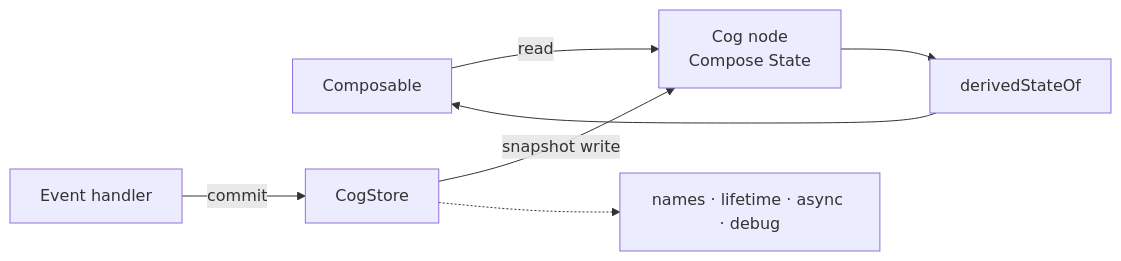
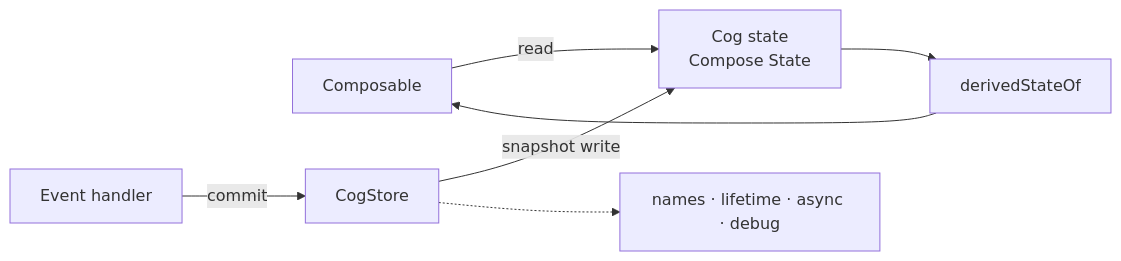
Before and after one commit to skeswa/cog: the diagram in docs/kotlin/README.md, drawn with Mermaid. The commit also changed other lines of this file and 71 other files, not shown here.

````diff
--- a/docs/kotlin/README.md
+++ b/docs/kotlin/README.md
@@ -54,9 +54,9 @@
 ```mermaid
 flowchart LR
-    UI["Composable"] -->|"read"| Node["Cog node<br/>Compose State"]
+    UI["Composable"] -->|"read"| State["Cog state<br/>Compose State"]
     Event["Event handler"] -->|"commit"| Store["CogStore"]
-    Store -->|"snapshot write"| Node
-    Node --> Derived["derivedStateOf"]
+    Store -->|"snapshot write"| State
+    State --> Derived["derivedStateOf"]
     Derived --> UI
     Store -.-> Policy["names · lifetime · async · debug"]
 ```
````
